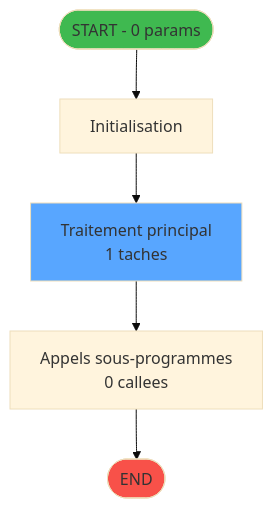
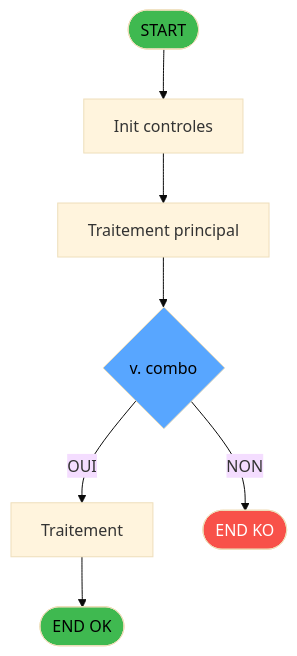
One commit to thonyAGP/magic-migration changed the first of 3 diagrams in .openspec/specs/ADH-IDE-223.md. Above: the diagram before and after it, drawn with Mermaid (base theme). The commit also changed other lines of this file and 493 other files, not shown here.

````diff
--- a/.openspec/specs/ADH-IDE-223.md
+++ b/.openspec/specs/ADH-IDE-223.md
@@ -86,14 +79,20 @@
 ```mermaid
 flowchart TD
-    START([START - 0 params])
-    INIT["Initialisation"]
-    PROCESS["Traitement principal<br/>1 taches"]
-    CALLS["Appels sous-programmes<br/>0 callees"]
-    ENDOK([END])
+    START([START])
+    INIT[Init controles]
+    SAISIE[Traitement principal]
+    DECISION{v. combo}
+    PROCESS[Traitement]
+    ENDOK([END OK])
+    ENDKO([END KO])
 
-    START --> INIT --> PROCESS --> CALLS --> ENDOK
+    START --> INIT --> SAISIE --> DECISION
+    DECISION -->|OUI| PROCESS
+    DECISION -->|NON| ENDKO
+    PROCESS --> ENDOK
 
-    style START fill:#3fb950
-    style ENDOK fill:#f85149
-    style PROCESS fill:#58a6ff
+    style START fill:#3fb950,color:#000
+    style ENDOK fill:#3fb950,color:#000
+    style ENDKO fill:#f85149,color:#fff
+    style DECISION fill:#58a6ff,color:#000
 ```
````
